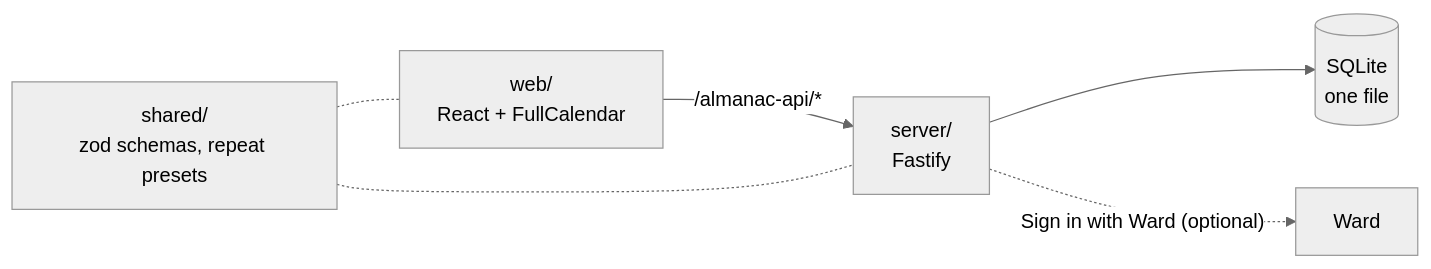
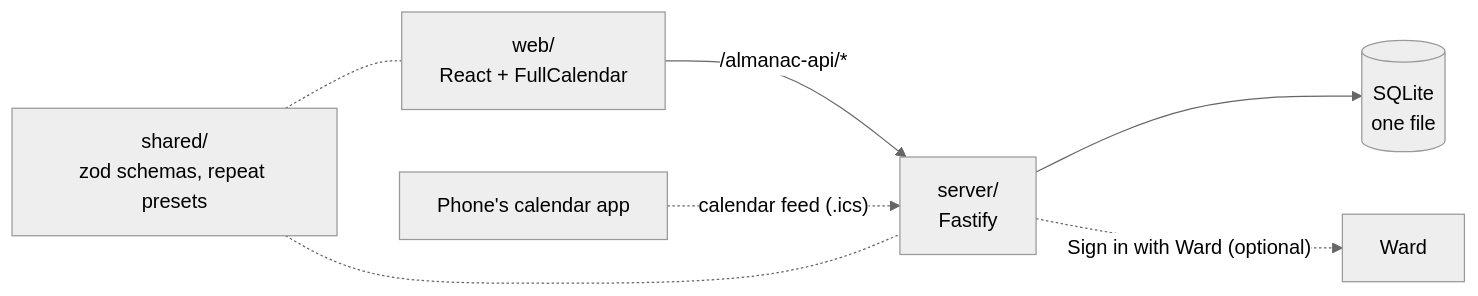
One commit to gandolh/almanac changed the diagram in README.md. Above: the diagram before and after it, drawn with Mermaid (neutral theme). The commit also changed other lines of this file and 11 other files, not shown here.

````diff
--- a/README.md
+++ b/README.md
@@ -40,8 +40,9 @@
 ```mermaid
 flowchart LR
   web["web/<br/>React + FullCalendar"] -- "/almanac-api/*" --> api["server/<br/>Fastify"]
+  phone["Phone's calendar app"] -. "calendar feed (.ics)" .-> api
   api --> db[("SQLite<br/>one file")]
   api -. "Sign in with Ward (optional)" .-> ward["Ward"]
   shared["shared/<br/>zod schemas, repeat presets"] -.- web
   shared -.- api
 ```
````
